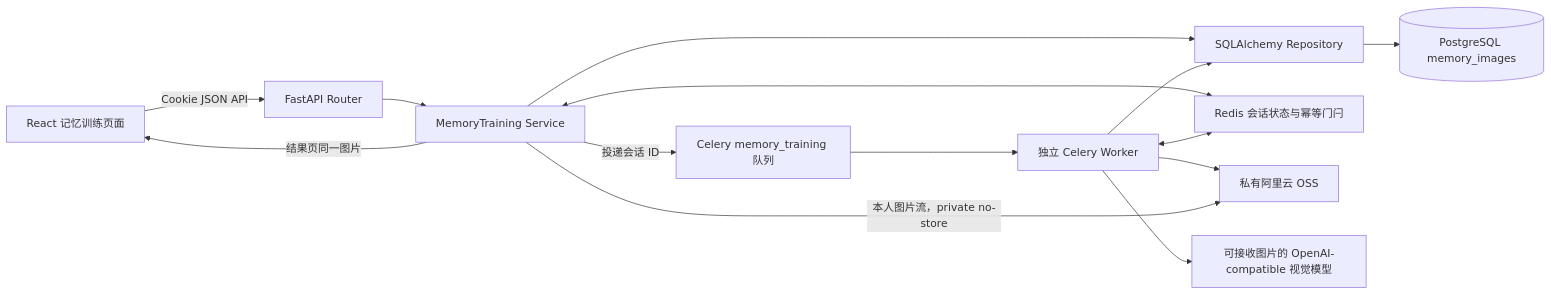
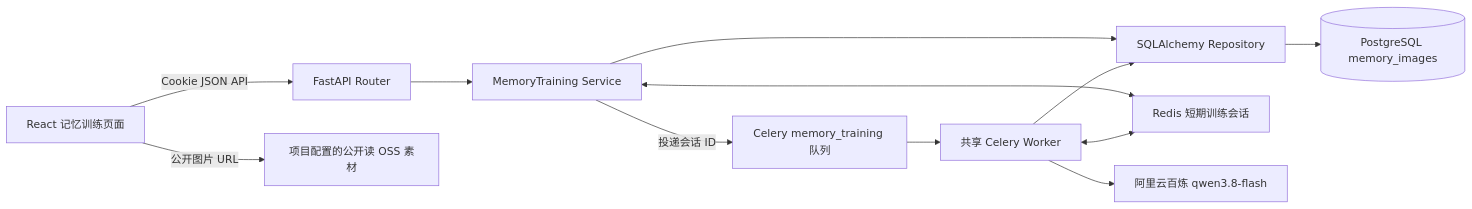
Before and after one commit to zt20001126/OrionAI: the second of 3 diagrams in docs/requirements/2026-10-28-002-memory-training-tool-requirements-and-implementation-design.md, drawn with Mermaid. The commit also changed other lines of this file and 37 other files, not shown here.

````diff
--- a/docs/requirements/2026-10-28-002-memory-training-tool-requirements-and-implementation-design.md
+++ b/docs/requirements/2026-10-28-002-memory-training-tool-requirements-and-implementation-design.md
@@ -139,25 +139,23 @@
 ```mermaid
 flowchart LR
     Browser[React 记忆训练页面]
     Router[FastAPI Router]
     Service[MemoryTraining Service]
     Repo[SQLAlchemy Repository]
     Images[(PostgreSQL memory_images)]
-    State[Redis 会话状态与幂等门闩]
+    State[Redis 短期训练会话]
     Queue[Celery memory_training 队列]
-    Worker[独立 Celery Worker]
-    OSS[私有阿里云 OSS]
-    Vision[可接收图片的 OpenAI-compatible 视觉模型]
+    Worker[共享 Celery Worker]
+    OSS[项目配置的公开读 OSS 素材]
+    Vision[阿里云百炼 qwen3.8-flash]
 
     Browser -->|Cookie JSON API| Router
     Router --> Service
     Service --> Repo --> Images
     Service <--> State
     Service -->|投递会话 ID| Queue --> Worker
     Worker <--> State
     Worker --> Repo
-    Worker --> OSS
     Worker --> Vision
-    Service -->|本人图片流，private no-store| OSS
-    Service -->|结果页同一图片| Browser
+    Browser -->|公开图片 URL| OSS
 ```
````
